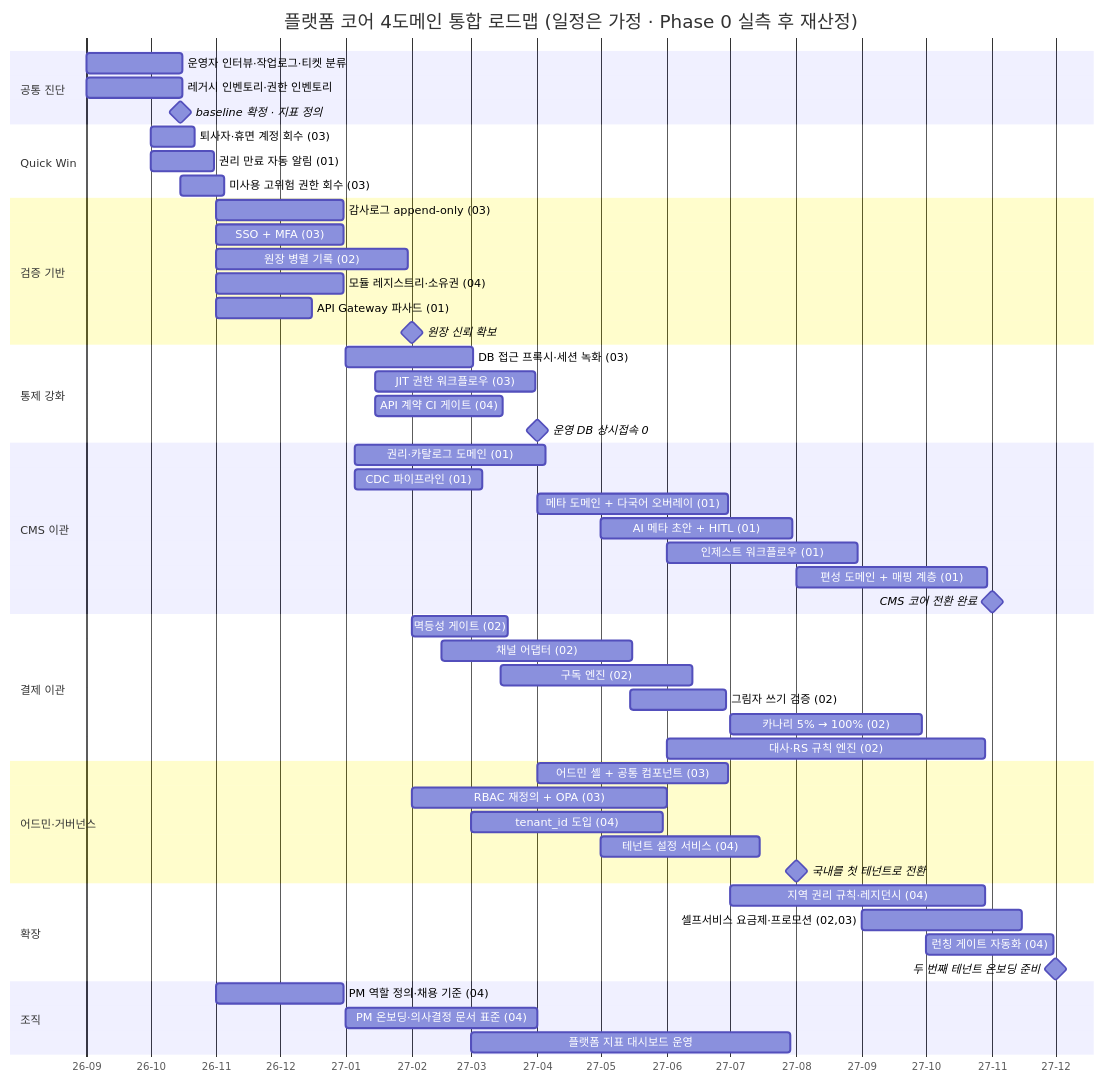
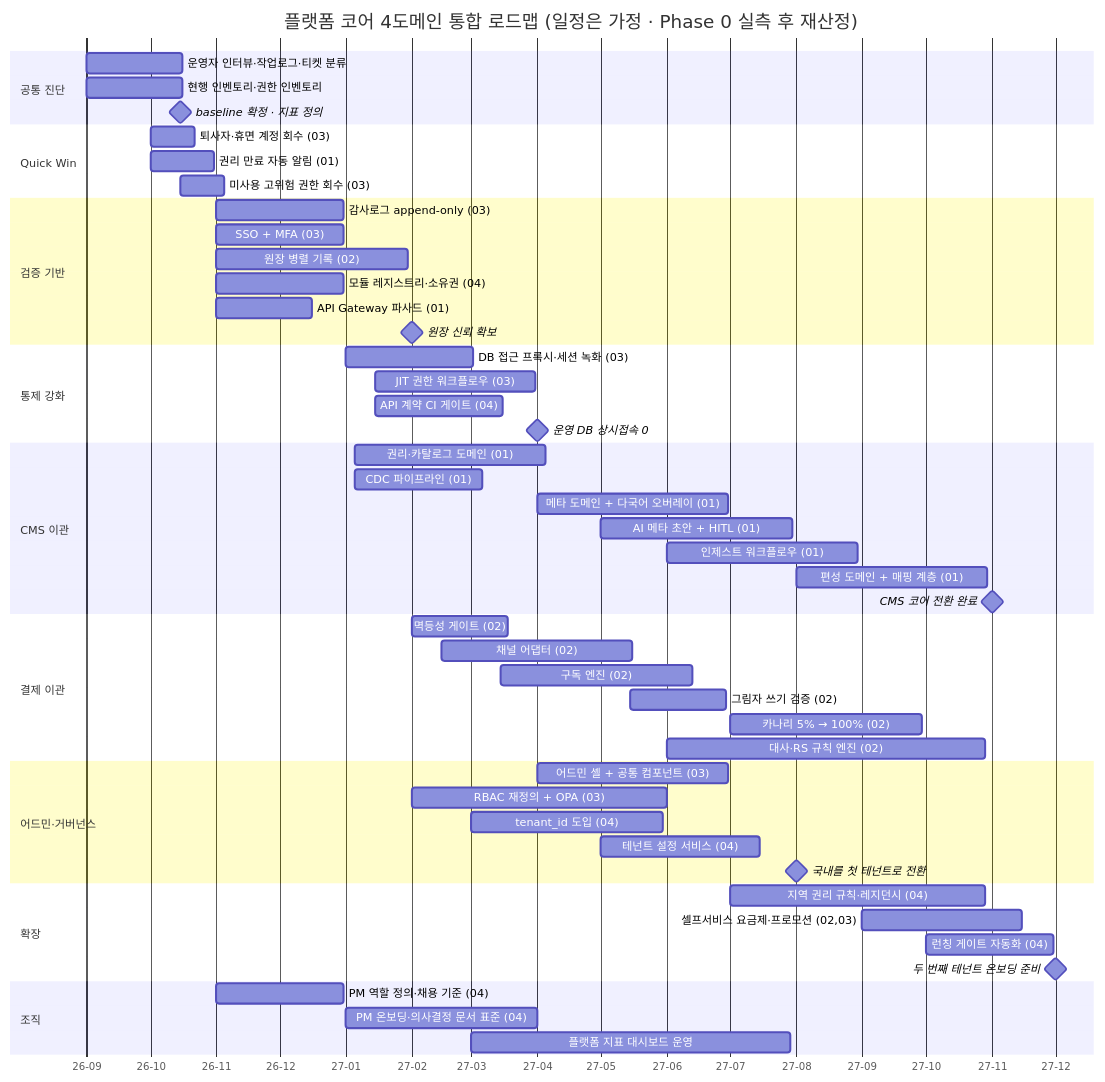
The fifth of 7 diagrams in pages/product-lead-loadmap/00_허브.md (withwooyong/withwooyong.github.io), drawn with Mermaid before and after one commit. The commit also changed other lines of this file and 16 other files, not shown here.

````diff
--- a/pages/product-lead-loadmap/00_허브.md
+++ b/pages/product-lead-loadmap/00_허브.md
@@ -226,65 +264,65 @@
 ```mermaid
 gantt
     title 플랫폼 코어 4도메인 통합 로드맵 (일정은 가정 · Phase 0 실측 후 재산정)
     dateFormat YYYY-MM-DD
     axisFormat %y-%m
 
     section 공통 진단
     운영자 인터뷰·작업로그·티켓 분류      :d1, 2026-09-01, 45d
-    레거시 인벤토리·권한 인벤토리          :d2, 2026-09-01, 45d
+    현행 인벤토리·권한 인벤토리            :d2, 2026-09-01, 45d
     baseline 확정 · 지표 정의             :milestone, m0, 2026-10-15, 0d
 
     section Quick Win
     퇴사자·휴면 계정 회수 (03)            :q1, 2026-10-01, 21d
     권리 만료 자동 알림 (01)              :q2, 2026-10-01, 30d
     미사용 고위험 권한 회수 (03)          :q3, 2026-10-15, 21d
 
     section 검증 기반
     감사로그 append-only (03)             :b1, 2026-11-01, 60d
     SSO + MFA (03)                        :b2, 2026-11-01, 60d
     원장 병렬 기록 (02)                   :b3, 2026-11-01, 90d
     모듈 레지스트리·소유권 (04)           :b4, 2026-11-01, 60d
     API Gateway 파사드 (01)               :b5, 2026-11-01, 45d
     원장 신뢰 확보                        :milestone, m1, 2027-02-01, 0d
 
     section 통제 강화
     DB 접근 프록시·세션 녹화 (03)         :c1, 2027-01-01, 60d
     JIT 권한 워크플로우 (03)              :c2, 2027-01-15, 75d
     API 계약 CI 게이트 (04)               :c3, 2027-01-15, 60d
     운영 DB 상시접속 0                    :milestone, m2, 2027-04-01, 0d
 
     section CMS 이관
     권리·카탈로그 도메인 (01)             :e1, 2027-01-05, 90d
     CDC 파이프라인 (01)                   :e2, 2027-01-05, 60d
     메타 도메인 + 다국어 오버레이 (01)    :e3, 2027-04-01, 90d
     AI 메타 초안 + HITL (01)              :e4, 2027-05-01, 90d
     인제스트 워크플로우 (01)              :e5, 2027-06-01, 90d
     편성 도메인 + 매핑 계층 (01)          :e6, 2027-08-01, 90d
     CMS 코어 전환 완료                    :milestone, m3, 2027-11-01, 0d
 
     section 결제 이관
     멱등성 게이트 (02)                    :f1, 2027-02-01, 45d
     채널 어댑터 (02)                      :f2, 2027-02-15, 90d
     구독 엔진 (02)                        :f3, 2027-03-15, 90d
     그림자 쓰기 검증 (02)                 :f4, 2027-05-15, 45d
     카나리 5% → 100% (02)                 :f5, 2027-07-01, 90d
     대사·RS 규칙 엔진 (02)                :f6, 2027-06-01, 150d
 
     section 어드민·거버넌스
     어드민 셸 + 공통 컴포넌트 (03)        :g1, 2027-04-01, 90d
     RBAC 재정의 + OPA (03)                :g2, 2027-02-01, 120d
     tenant_id 도입 (04)                   :g3, 2027-03-01, 90d
     테넌트 설정 서비스 (04)               :g4, 2027-05-01, 75d
     국내를 첫 테넌트로 전환               :milestone, m4, 2027-08-01, 0d
 
     section 확장
     지역 권리 규칙·레지던시 (04)          :h1, 2027-07-01, 120d
     셀프서비스 요금제·프로모션 (02,03)    :h2, 2027-09-01, 75d
     런칭 게이트 자동화 (04)               :h3, 2027-10-01, 60d
     두 번째 테넌트 온보딩 준비            :milestone, m5, 2027-12-01, 0d
 
     section 조직
     PM 역할 정의·채용 기준 (04)           :o1, 2026-11-01, 60d
     PM 온보딩·의사결정 문서 표준 (04)     :o2, 2027-01-01, 90d
     플랫폼 지표 대시보드 운영             :o3, 2027-03-01, 150d
 ```
````
